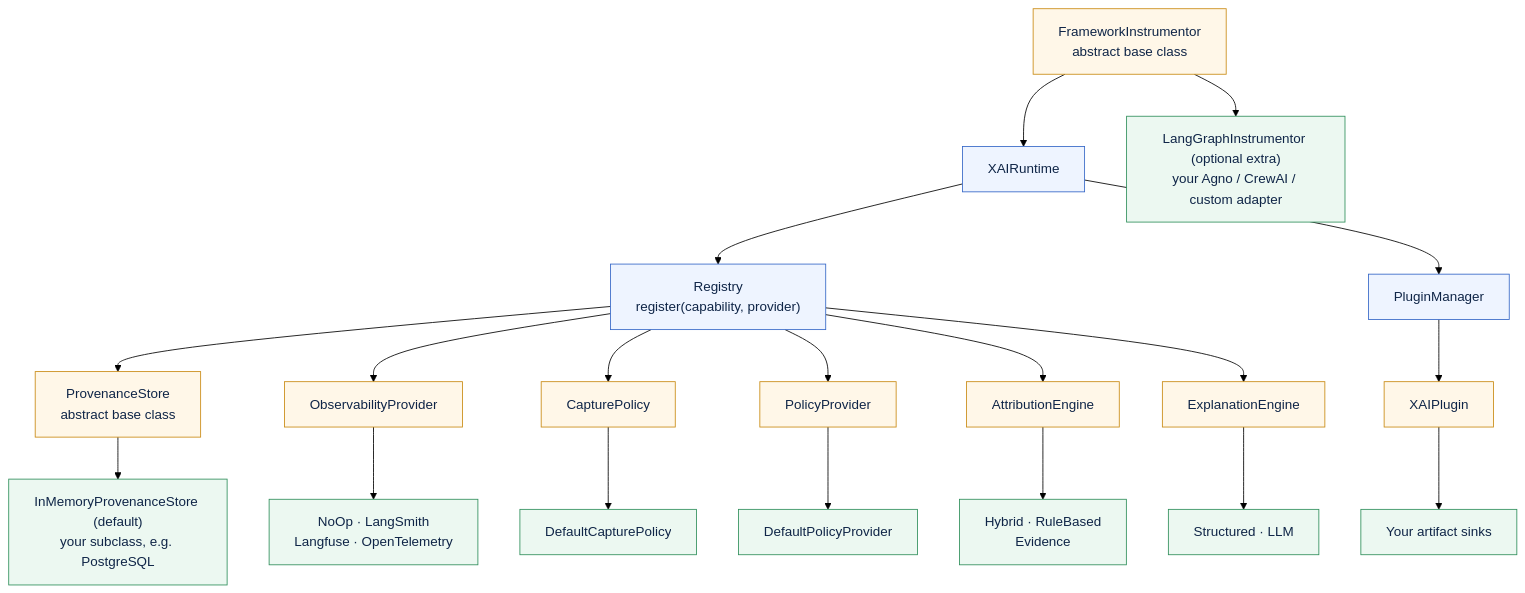
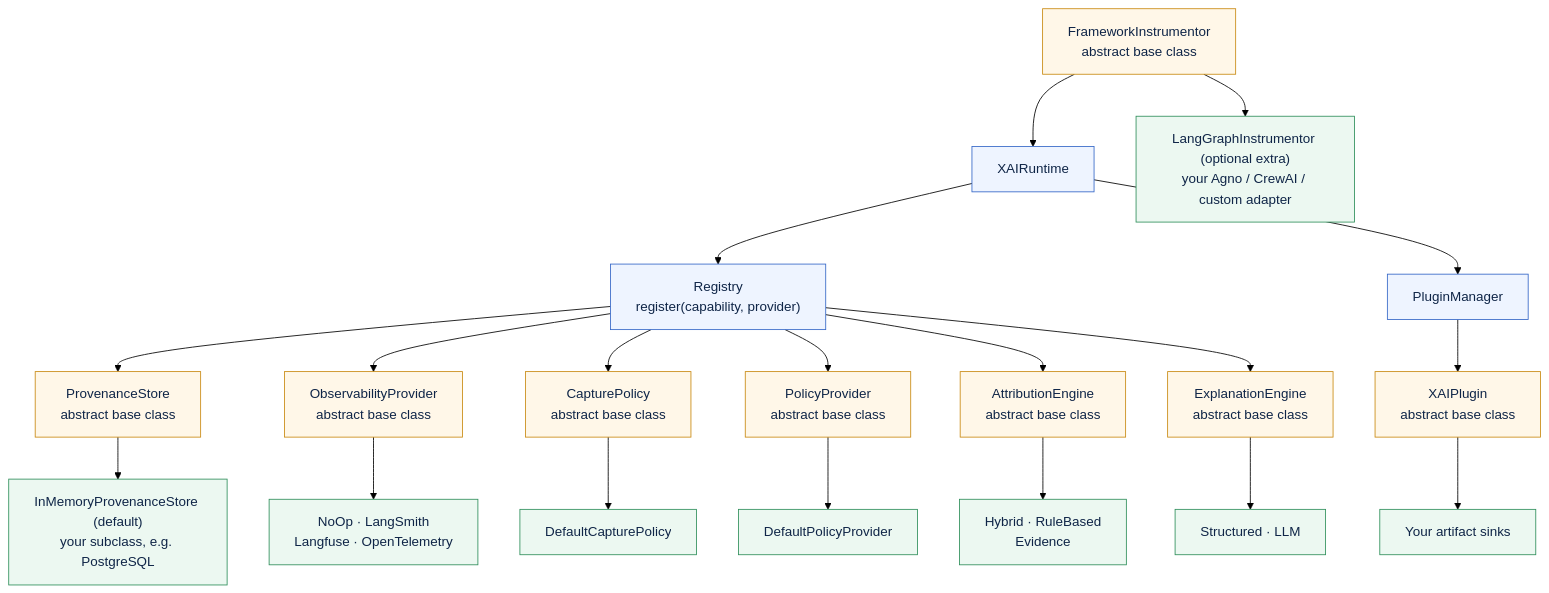
The diagram in diagrams/extensibility.mmd (smuniharish/agxai), drawn with Mermaid (forest theme) before and after one commit. The commit also changed 58 other files, not shown here.

First line of the commit message:
Make every extension point a strict abstract base class (1.0.2)

```diff
--- a/diagrams/extensibility.mmd
+++ b/diagrams/extensibility.mmd
@@ -1,28 +1,28 @@
 flowchart TB
     classDef core fill:#eef4ff,stroke:#3567c7,color:#0f2547
-    classDef protocol fill:#fff7e8,stroke:#c98a12,color:#0f2547
+    classDef contract fill:#fff7e8,stroke:#c98a12,color:#0f2547
     classDef impl fill:#ecf8f1,stroke:#2f8f5b,color:#0f2547
 
     runtime["XAIRuntime"]:::core
-    framework["FrameworkInstrumentor<br/>abstract base class"]:::protocol
+    framework["FrameworkInstrumentor<br/>abstract base class"]:::contract
     framework --> runtime
     framework --> frameworks["LangGraphInstrumentor (optional extra)<br/>your Agno / CrewAI / custom adapter"]:::impl
     registry["Registry<br/>register(capability, provider)"]:::core
     runtime --> registry
     runtime --> manager["PluginManager"]:::core
 
-    registry --> store["ProvenanceStore<br/>abstract base class"]:::protocol
-    registry --> observe["ObservabilityProvider"]:::protocol
-    registry --> capture["CapturePolicy"]:::protocol
-    registry --> policy["PolicyProvider"]:::protocol
-    registry --> attribution["AttributionEngine"]:::protocol
-    registry --> engine["ExplanationEngine"]:::protocol
-    manager --> plugin["XAIPlugin"]:::protocol
+    registry --> store["ProvenanceStore<br/>abstract base class"]:::contract
+    registry --> observe["ObservabilityProvider<br/>abstract base class"]:::contract
+    registry --> capture["CapturePolicy<br/>abstract base class"]:::contract
+    registry --> policy["PolicyProvider<br/>abstract base class"]:::contract
+    registry --> attribution["AttributionEngine<br/>abstract base class"]:::contract
+    registry --> engine["ExplanationEngine<br/>abstract base class"]:::contract
+    manager --> plugin["XAIPlugin<br/>abstract base class"]:::contract
 
     store --> storeImpl["InMemoryProvenanceStore (default)<br/>your subclass, e.g. PostgreSQL"]:::impl
     observe --> observeImpl["NoOp · LangSmith<br/>Langfuse · OpenTelemetry"]:::impl
     capture --> captureImpl["DefaultCapturePolicy"]:::impl
     policy --> policyImpl["DefaultPolicyProvider"]:::impl
     attribution --> attributionImpl["Hybrid · RuleBased<br/>Evidence"]:::impl
     engine --> engineImpl["Structured · LLM"]:::impl
     plugin --> pluginImpl["Your artifact sinks"]:::impl
```
